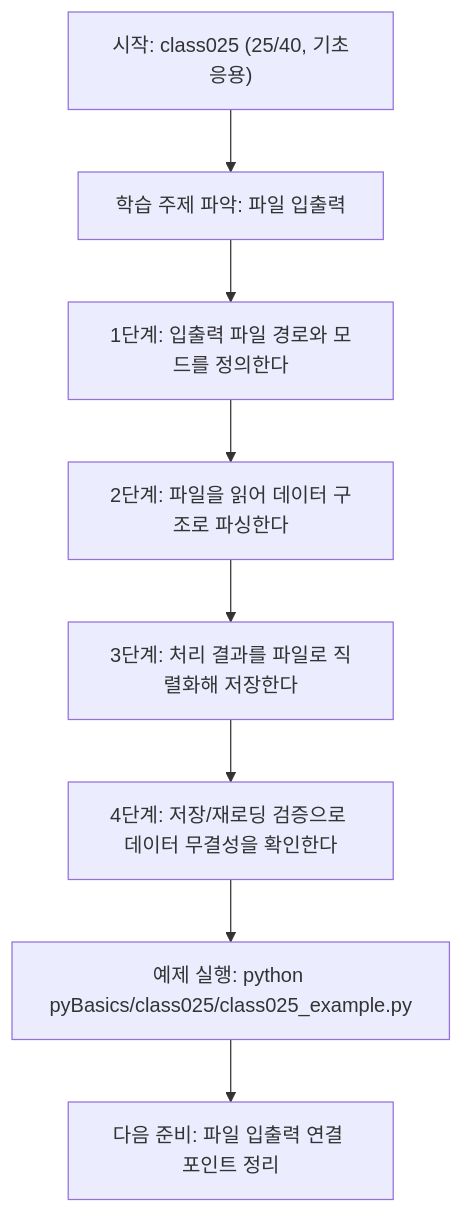
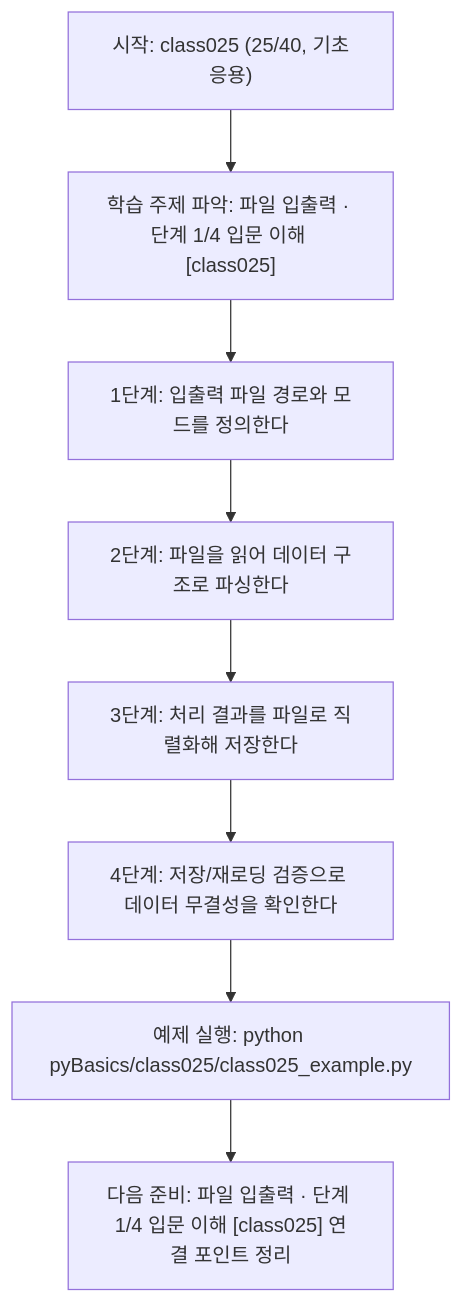
One commit to edumgt/Python-AI_Agent-Class changed the diagram in pyBasics/class025/class025.md. Above: the diagram before and after it, drawn with Mermaid. The commit also changed other lines of this file and 522 other files, not shown here.

````diff
--- a/pyBasics/class025/class025.md
+++ b/pyBasics/class025/class025.md
@@ -108,18 +109,18 @@
 ```mermaid
 flowchart TD
 N1["시작: class025 (25/40, 기초응용)"]
-N2["학습 주제 파악: 파일 입출력"]
+N2["학습 주제 파악: 파일 입출력 · 단계 1/4 입문 이해 [class025]"]
 N3["1단계: 입출력 파일 경로와 모드를 정의한다"]
 N4["2단계: 파일을 읽어 데이터 구조로 파싱한다"]
 N5["3단계: 처리 결과를 파일로 직렬화해 저장한다"]
 N6["4단계: 저장/재로딩 검증으로 데이터 무결성을 확인한다"]
 N7["예제 실행: python pyBasics/class025/class025_example.py"]
-N8["다음 준비: 파일 입출력 연결 포인트 정리"]
+N8["다음 준비: 파일 입출력 · 단계 1/4 입문 이해 [class025] 연결 포인트 정리"]
 N1 --> N2
 N2 --> N3
 N3 --> N4
 N4 --> N5
 N5 --> N6
 N6 --> N7
 N7 --> N8
 ```
````
